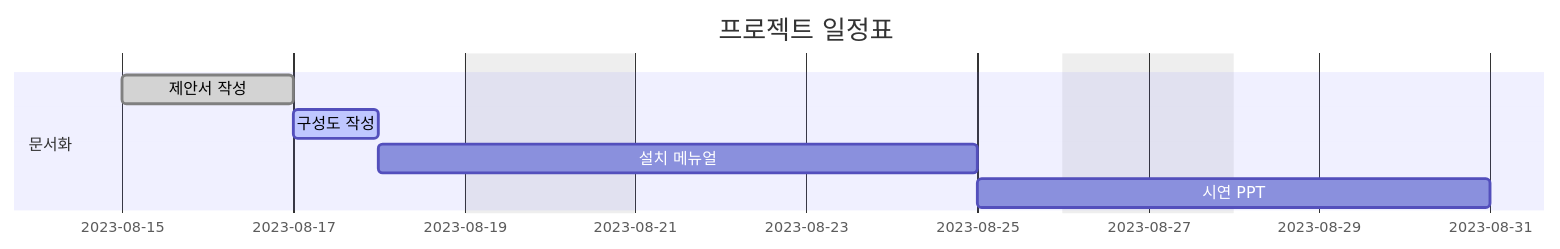
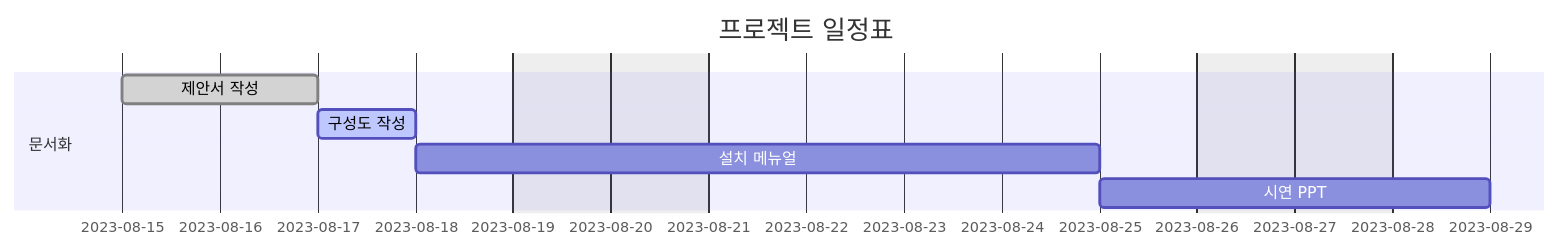
The diagram in README.md (LOFL404/project1), drawn with Mermaid before and after one commit.

````diff
--- a/README.md
+++ b/README.md
@@ -1,16 +1,16 @@
 ```mermaid
 gantt
     dateFormat  YYYY-MM-DD
     axisFormat  %Y-%m-%d
     title       프로젝트 일정표
     excludes    weekends saturday,sunday
     
     section 문서화
     제안서 작성     :done,    a, 2023-08-15, 2d
     구성도 작성     :active,  b, 2023-08-17, 1d
     설치 메뉴얼     :c, after b, 5d
-    시연 PPT        :after c, 4d
+    시연 PPT        :after c, 2d
 
     section 구현
     
 ```
````
